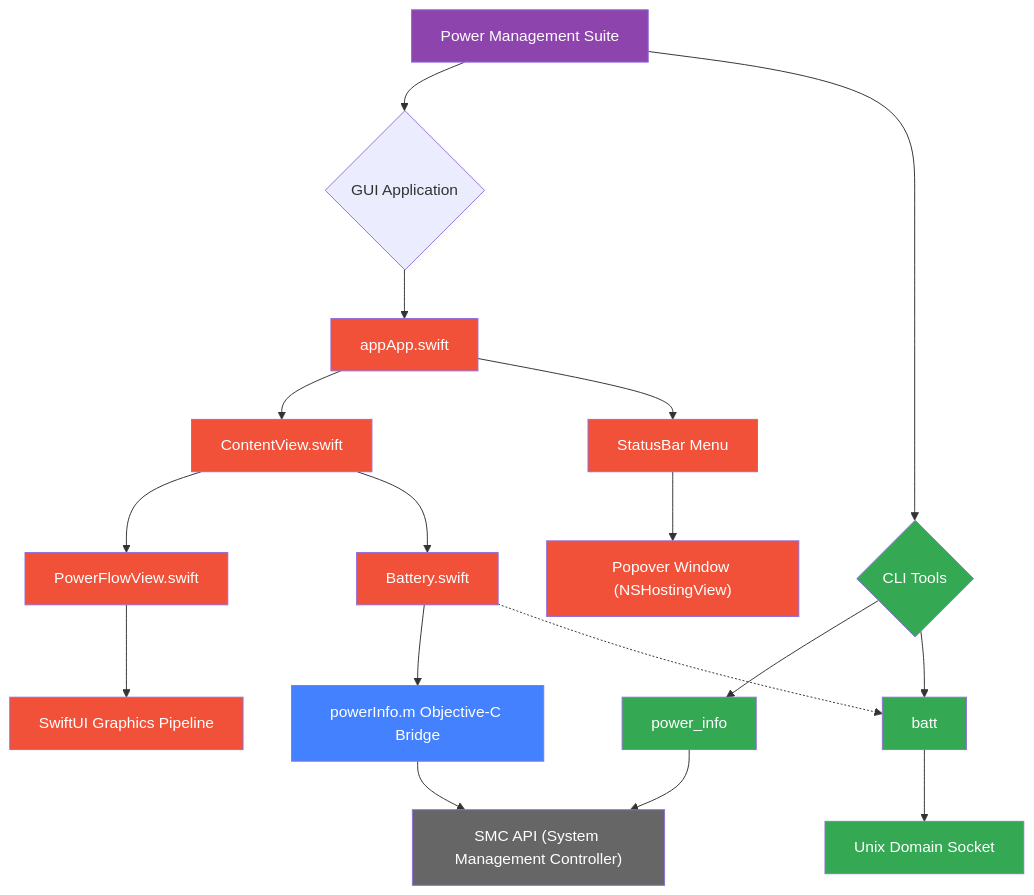
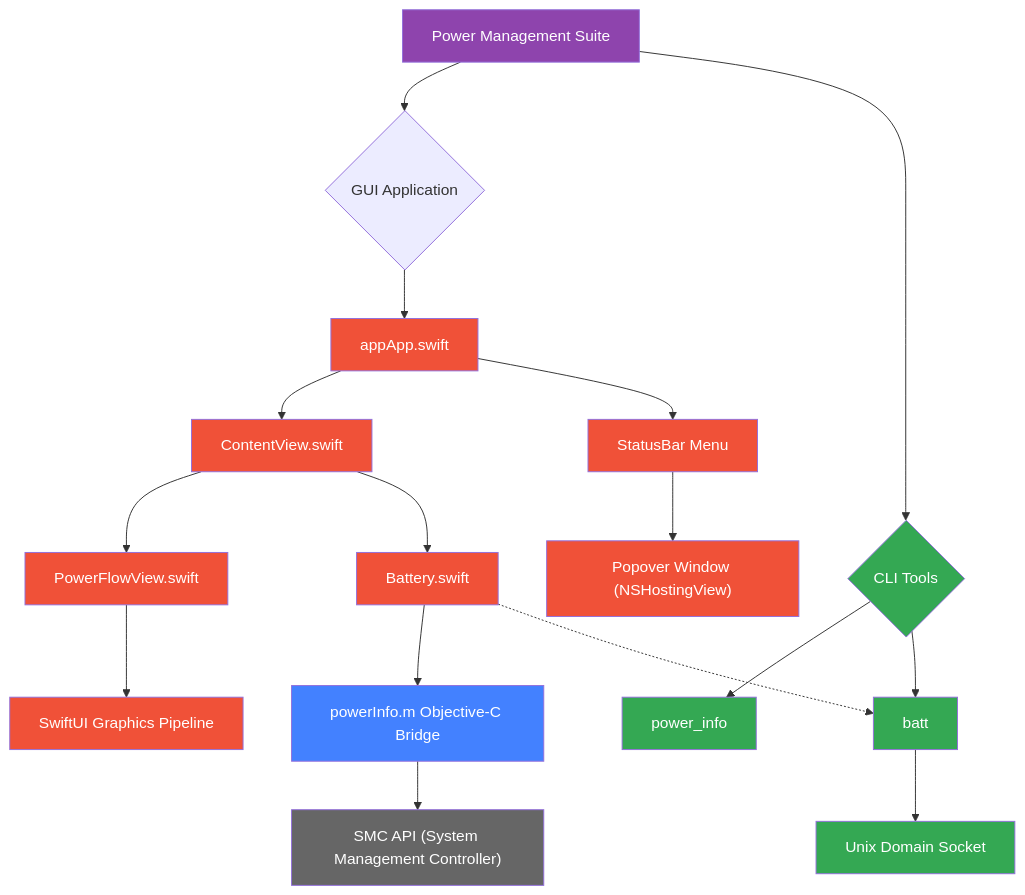
Before and after one commit to clzoc/BattGUI: the diagram in README.md, drawn with Mermaid.

````diff
--- a/README.md
+++ b/README.md
@@ -19,35 +19,34 @@
 ```mermaid
 graph TD
     Suite[Power Management Suite] --> GUI{GUI Application}
     Suite --> CLI{CLI Tools}
     
     GUI --> App[appApp.swift]
     App --> CV[ContentView.swift]
     CV --> PFV[PowerFlowView.swift]
     CV --> BM[Battery.swift]
     
     BM --> OC[powerInfo.m Objective-C Bridge]
     OC --> SMC["SMC API (System Management Controller)"]
     
     PFV --> SW["SwiftUI Graphics Pipeline"]
     App --> SM[StatusBar Menu]
     SM --> POP["Popover Window (NSHostingView)"]
     
     CLI --> PI[power_info]
     CLI --> BAT[batt]
-    PI --> SMC
     BAT --> UDS["Unix Domain Socket"]
     BM -.-> BAT
     
     classDef swift fill:#F05138,color:white;
     classDef objc fill:#4381ff,color:white;
     classDef system fill:#666,color:white;
     classDef cli fill:#34a853,color:white;
     classDef suite fill:#8e44ad,color:white;
     
     class Suite suite
     class App,CV,PFV,BM,SW,SM,POP swift
     class OC objc
     class SMC system
     class PI,BAT,CLI,UDS cli
 ```
````
